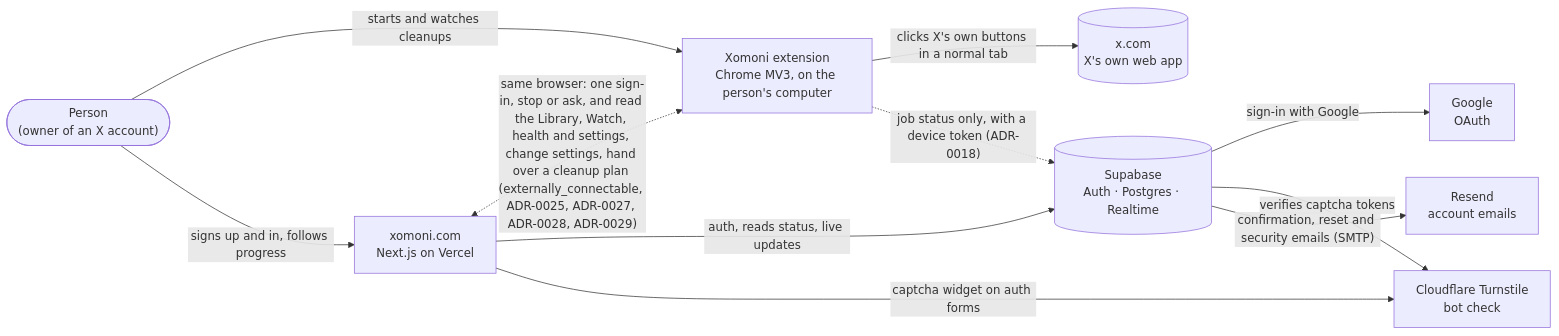
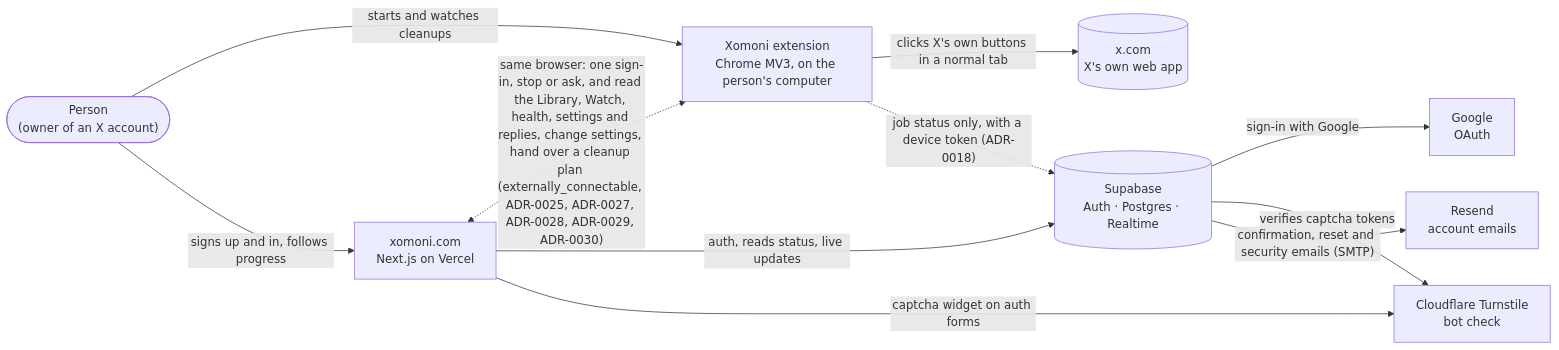
Before and after one commit to pirdehi/xomoni: the first of 5 diagrams in docs/ARCHITECTURE.md, drawn with Mermaid. The commit also changed other lines of this file and 41 other files, not shown here.

````diff
--- a/docs/ARCHITECTURE.md
+++ b/docs/ARCHITECTURE.md
@@ -29,22 +29,22 @@
 ```mermaid
 flowchart LR
   person(["Person<br/>(owner of an X account)"])
   ext["Xomoni extension<br/>Chrome MV3, on the person's computer"]
   web["xomoni.com<br/>Next.js on Vercel"]
   x[("x.com<br/>X's own web app")]
   sb[("Supabase<br/>Auth · Postgres · Realtime")]
   google["Google<br/>OAuth"]
   resend["Resend<br/>account emails"]
   turnstile["Cloudflare Turnstile<br/>bot check"]
 
   person -- "starts and watches cleanups" --> ext
   person -- "signs up and in, follows progress" --> web
   ext -- "clicks X's own buttons in a normal tab" --> x
   ext -. "job status only, with a device token (ADR-0018)" .-> sb
-  web <-. "same browser: one sign-in, stop or ask, and read the Library, Watch, health and settings, change settings, hand over a cleanup plan (externally_connectable, ADR-0025, ADR-0027, ADR-0028, ADR-0029)" .-> ext
+  web <-. "same browser: one sign-in, stop or ask, and read the Library, Watch, health, settings and replies, change settings, hand over a cleanup plan (externally_connectable, ADR-0025, ADR-0027, ADR-0028, ADR-0029, ADR-0030)" .-> ext
   web -- "auth, reads status, live updates" --> sb
   web -- "captcha widget on auth forms" --> turnstile
   sb -- "sign-in with Google" --> google
   sb -- "verifies captcha tokens" --> turnstile
   sb -- "confirmation, reset and security emails (SMTP)" --> resend
 ```
````
